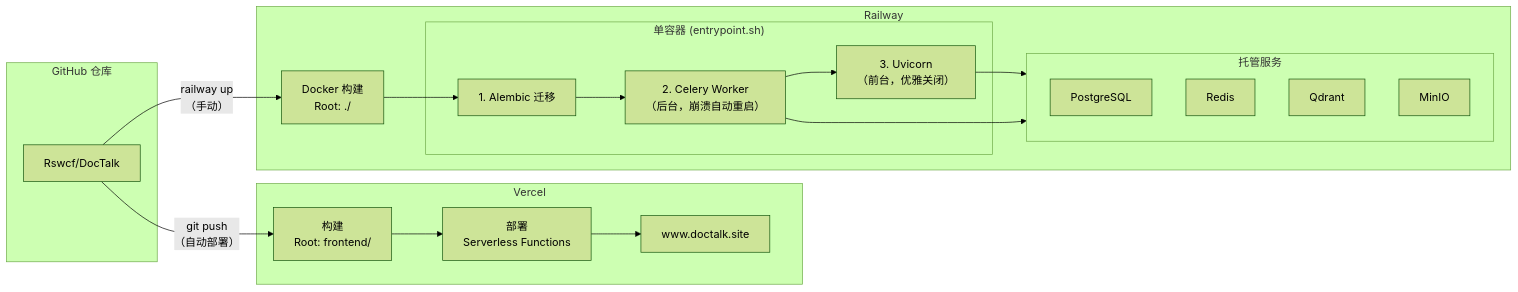
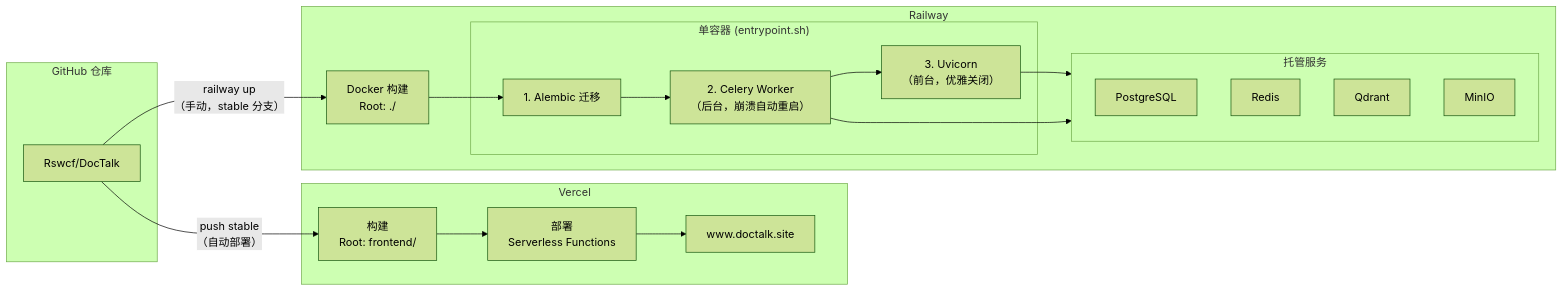
Before and after one commit to Rswcf/DocTalk: the ninth of 9 diagrams in docs/ARCHITECTURE.zh.md, drawn with Mermaid (forest theme). The commit also changed other lines of this file and 5 other files, not shown here.

````diff
--- a/docs/ARCHITECTURE.zh.md
+++ b/docs/ARCHITECTURE.zh.md
@@ -692,34 +692,34 @@
 ```mermaid
 graph LR
     subgraph GitHub["GitHub 仓库"]
         Repo["Rswcf/DocTalk"]
     end
 
     subgraph VercelDeploy["Vercel"]
         VBuild["构建<br/>Root: frontend/"]
         VDeploy["部署<br/>Serverless Functions"]
         VDomain["www.doctalk.site"]
     end
 
     subgraph RailwayDeploy["Railway"]
         RBuild["Docker 构建<br/>Root: ./"]
         subgraph Container["单容器 (entrypoint.sh)"]
             Alembic["1. Alembic 迁移"]
             CeleryW["2. Celery Worker<br/>（后台，崩溃自动重启）"]
             Uvicorn["3. Uvicorn<br/>（前台，优雅关闭）"]
         end
         subgraph RServices["托管服务"]
             RPG["PostgreSQL"]
             RRedis["Redis"]
             RQdrant["Qdrant"]
             RMinIO["MinIO"]
         end
     end
 
-    Repo -->|"git push<br/>（自动部署）"| VBuild
+    Repo -->|"push stable<br/>（自动部署）"| VBuild
     VBuild --> VDeploy --> VDomain
-    Repo -->|"railway up<br/>（手动）"| RBuild
+    Repo -->|"railway up<br/>（手动，stable 分支）"| RBuild
     RBuild --> Alembic --> CeleryW --> Uvicorn
     Uvicorn --> RServices
     CeleryW --> RServices
 ```
````
